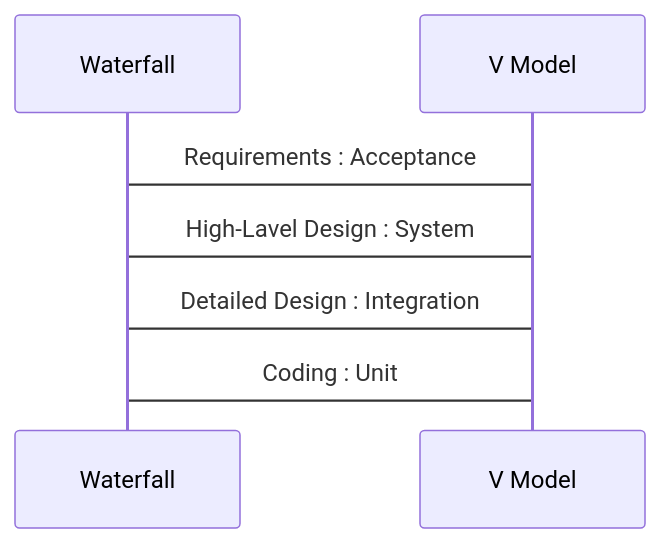
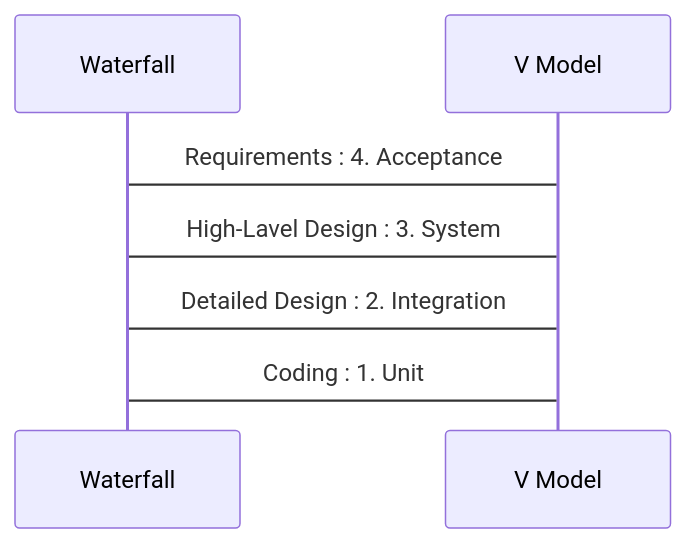
One commit to mossnana/we-homeworks changed the first of 2 diagrams in slide-2.md. Above: the diagram before and after it, drawn with Mermaid. The commit also changed other lines of this file, not shown here.

````diff
--- a/slide-2.md
+++ b/slide-2.md
@@ -10,7 +15,7 @@
 ```mermaid
 sequenceDiagram
-	Waterfall->V Model: Requirements : Acceptance
-	Waterfall->V Model: High-Lavel Design : System
-	Waterfall->V Model: Detailed Design : Integration
-	Waterfall->V Model: Coding : Unit
+	Waterfall->V Model: Requirements : 4. Acceptance
+	Waterfall->V Model: High-Lavel Design : 3. System
+	Waterfall->V Model: Detailed Design : 2. Integration
+	Waterfall->V Model: Coding : 1. Unit
 ```
````
